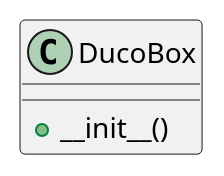
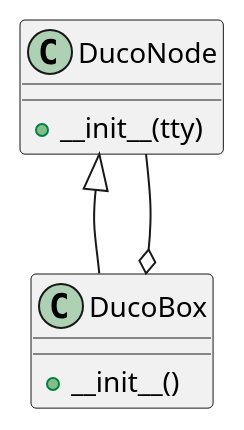
One commit to SteinHeselmans/DucoBox changed the diagram in docs/design.rst. Above: the diagram before and after it, drawn with PlantUML.

Commit message:
Initial class design (test travis)

```diff
--- a/docs/design.rst
+++ b/docs/design.rst
@@ -13,8 +13,16 @@
 .. uml::
 
     @startuml
+
+    DucoNode <|-- DucoBox
+    DucoBox o-- DucoNode
+
     class DucoBox {
         +__init__()
     }
 
+    class DucoNode {
+        +__init__(tty)
+    }
+
     @enduml
```
